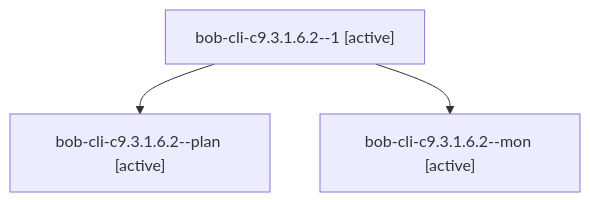
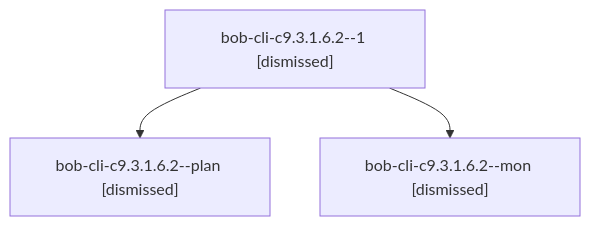
Before and after one commit to bobs-org/bob-cli--agents: the diagram in sessions/bbugyi200.athena.bob-cli-c9.3.1.6.2.md, drawn with Mermaid. The commit also changed other lines of this file and 130 other files, not shown here.

````diff
--- a/sessions/bbugyi200.athena.bob-cli-c9.3.1.6.2.md
+++ b/sessions/bbugyi200.athena.bob-cli-c9.3.1.6.2.md
@@ -9,8 +9,8 @@
 ```mermaid
 flowchart TD
-  n0["bob-cli-c9.3.1.6.2--1 [active]"]
-  n1["bob-cli-c9.3.1.6.2--plan [active]"]
+  n0["bob-cli-c9.3.1.6.2--1 [dismissed]"]
+  n1["bob-cli-c9.3.1.6.2--plan [dismissed]"]
   n0 --> n1
-  n2["bob-cli-c9.3.1.6.2--mon [active]"]
+  n2["bob-cli-c9.3.1.6.2--mon [dismissed]"]
   n0 --> n2
 ```
````
